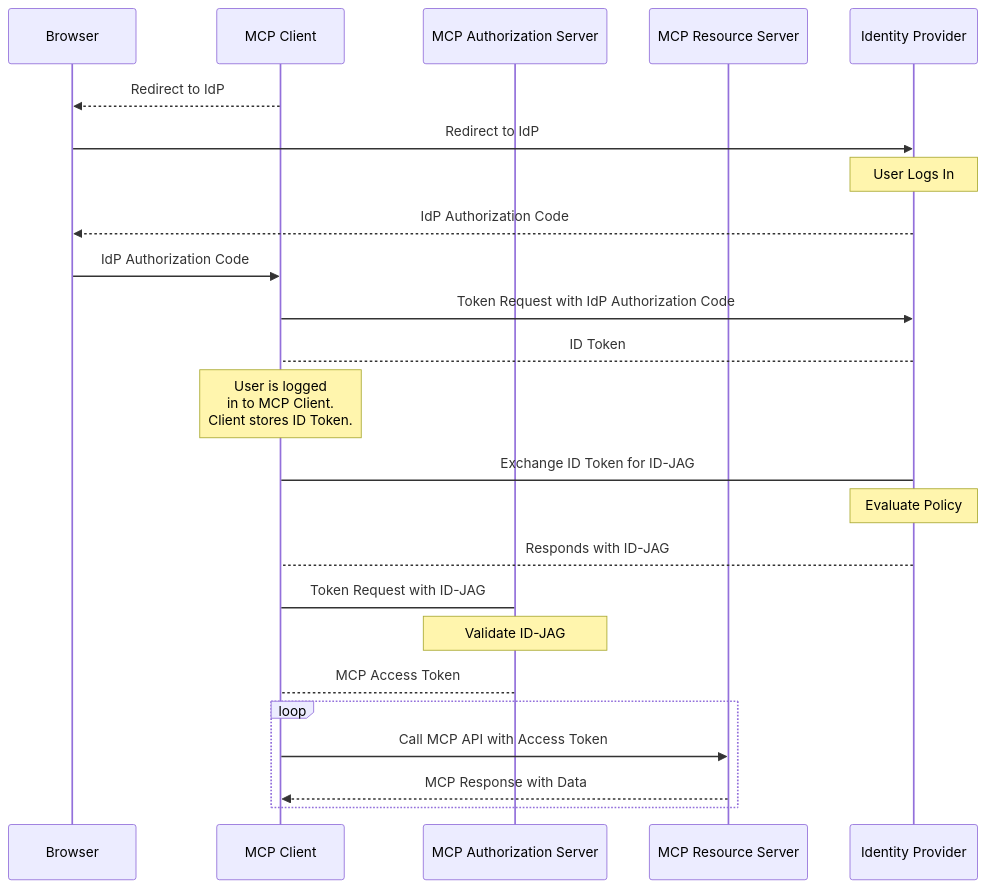
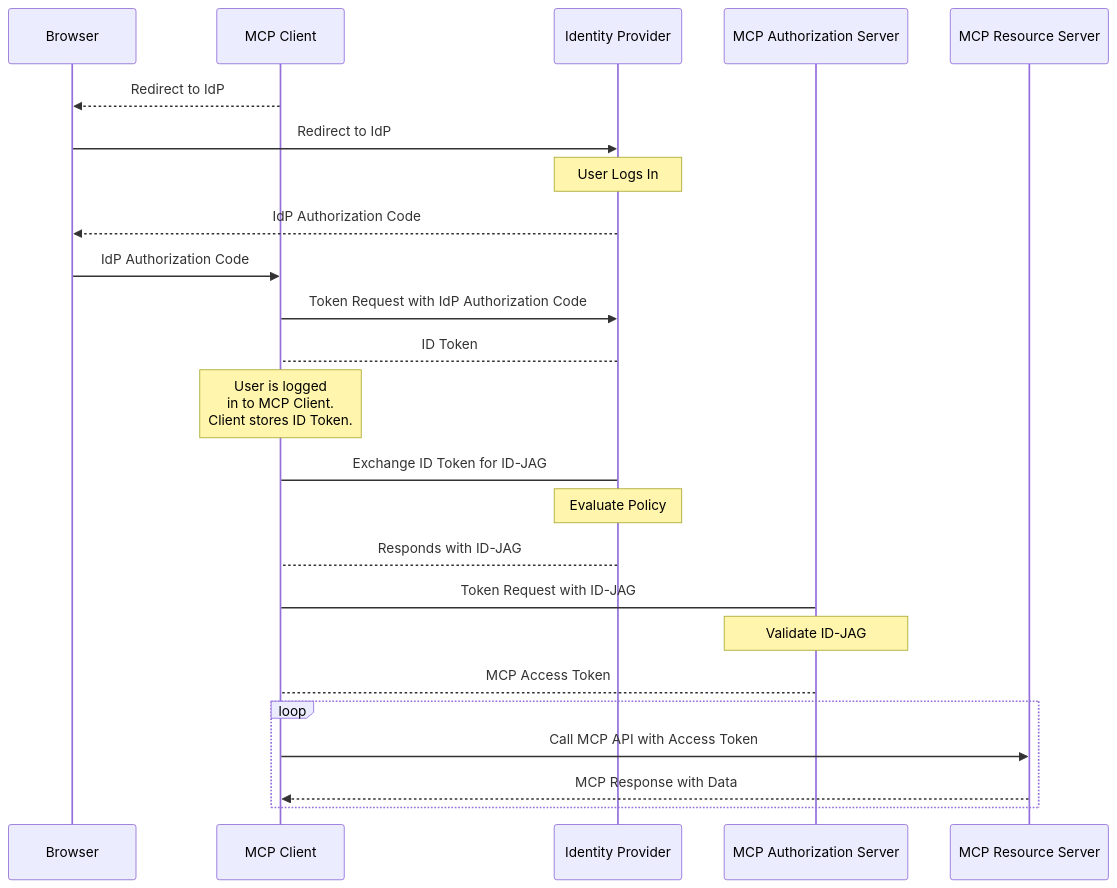
The diagram in docs/specification/draft/basic/enterprise.mdx (modelcontextprotocol/specification), drawn with Mermaid before and after one commit. The commit also changed other lines of this file, not shown here.

Commit message:
change order of IdP in mermaid diagram

````diff
--- a/docs/specification/draft/basic/enterprise.mdx
+++ b/docs/specification/draft/basic/enterprise.mdx
@@ -50,30 +50,30 @@
 ```mermaid
 sequenceDiagram
     participant UA as Browser
     participant C as MCP Client
+    participant IdP as Identity Provider
     participant MAS as MCP Authorization Server
     participant MRS as MCP Resource Server
-    participant IdP as Identity Provider
 
     C-->>UA: Redirect to IdP
     UA->>IdP: Redirect to IdP
     Note over IdP: User Logs In
     IdP-->>UA: IdP Authorization Code
     UA->>C: IdP Authorization Code
     C->>IdP: Token Request with IdP Authorization Code
     IdP-->C: ID Token
 
     note over C: User is logged<br/>in to MCP Client.<br/>Client stores ID Token.
 
     C->IdP: Exchange ID Token for ID-JAG
     note over IdP: Evaluate Policy
     IdP-->C: Responds with ID-JAG
     C->MAS: Token Request with ID-JAG
     note over MAS: Validate ID-JAG
     MAS-->C: MCP Access Token
 
     loop
     C->>MRS: Call MCP API with Access Token
     MRS-->>C: MCP Response with Data
     end
 ```
````
